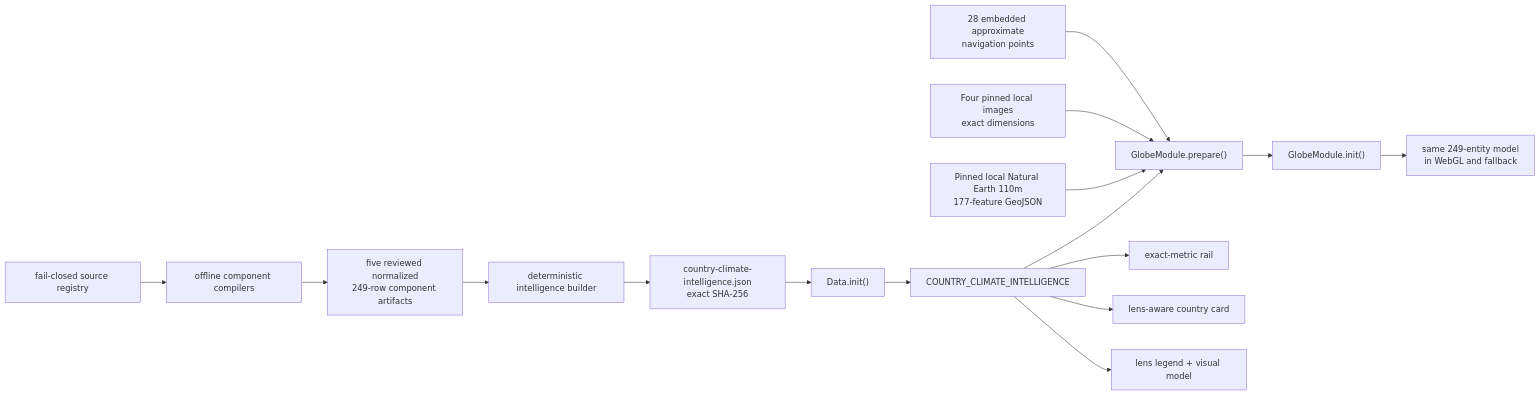
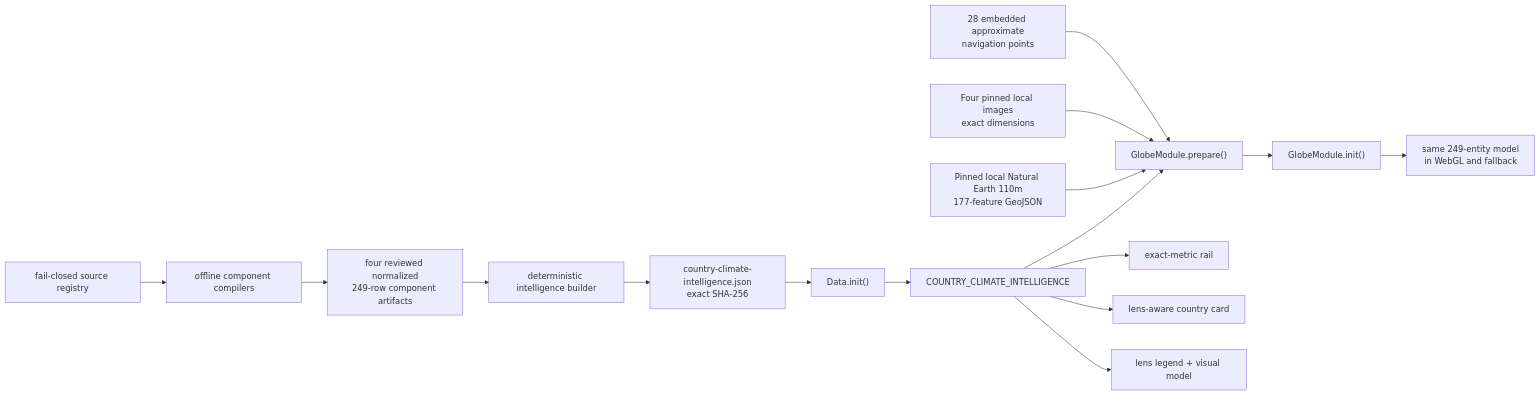
Before and after one commit to earth-love-united/earthloveunited.org: the diagram in ARCHITECTURE.md, drawn with Mermaid. The commit also changed other lines of this file and 75 other files, not shown here.

````diff
--- a/ARCHITECTURE.md
+++ b/ARCHITECTURE.md
@@ -150,18 +150,18 @@
 ```mermaid
 flowchart LR
     SR["fail-closed source registry"] --> C["offline component compilers"]
-    C --> F["five reviewed normalized<br/>249-row component artifacts"]
+    C --> F["four reviewed normalized<br/>249-row component artifacts"]
     F --> X["deterministic intelligence builder"]
     X --> J["country-climate-intelligence.json<br/>exact SHA-256"]
     J --> D["Data.init()"]
     D --> M["COUNTRY_CLIMATE_INTELLIGENCE"]
     M --> P["GlobeModule.prepare()"]
     N["Pinned local Natural Earth 110m<br/>177-feature GeoJSON"] --> P
     I["Four pinned local images<br/>exact dimensions"] --> P
     PTS["28 embedded approximate<br/>navigation points"] --> P
     P --> G["GlobeModule.init()"]
     M --> R["exact-metric rail"]
     M --> K["lens-aware country card"]
     M --> V["lens legend + visual model"]
     G --> B["same 249-entity model<br/>in WebGL and fallback"]
 ```
````
